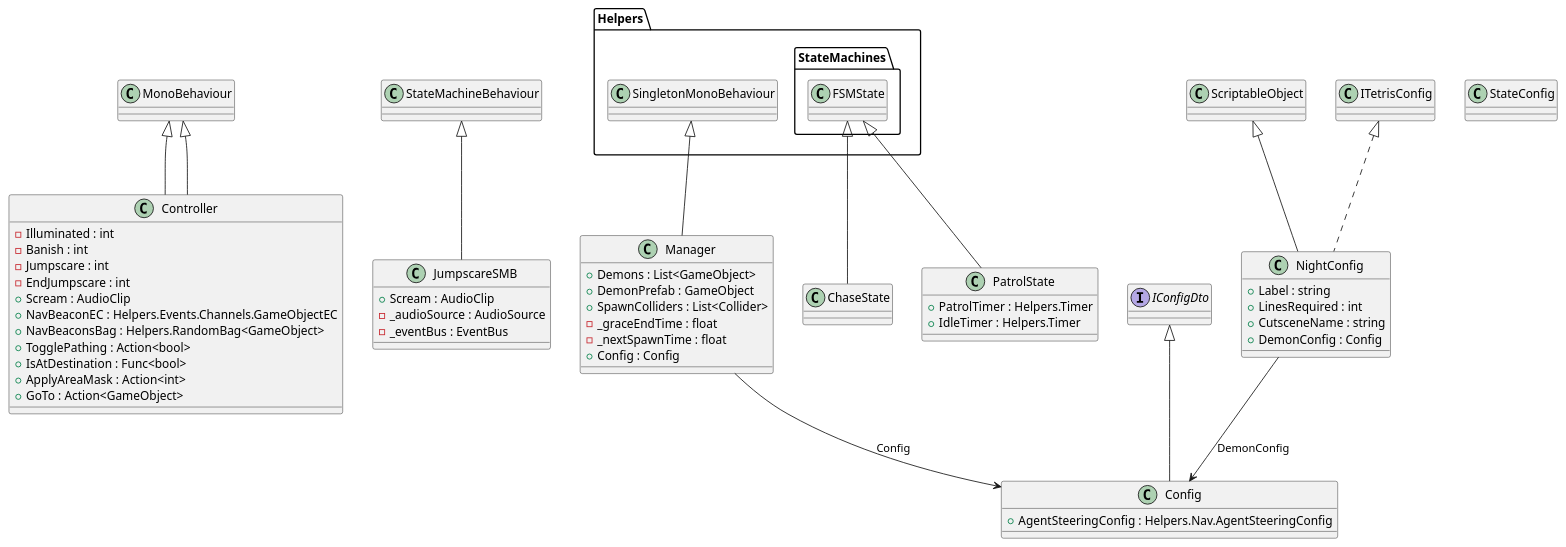
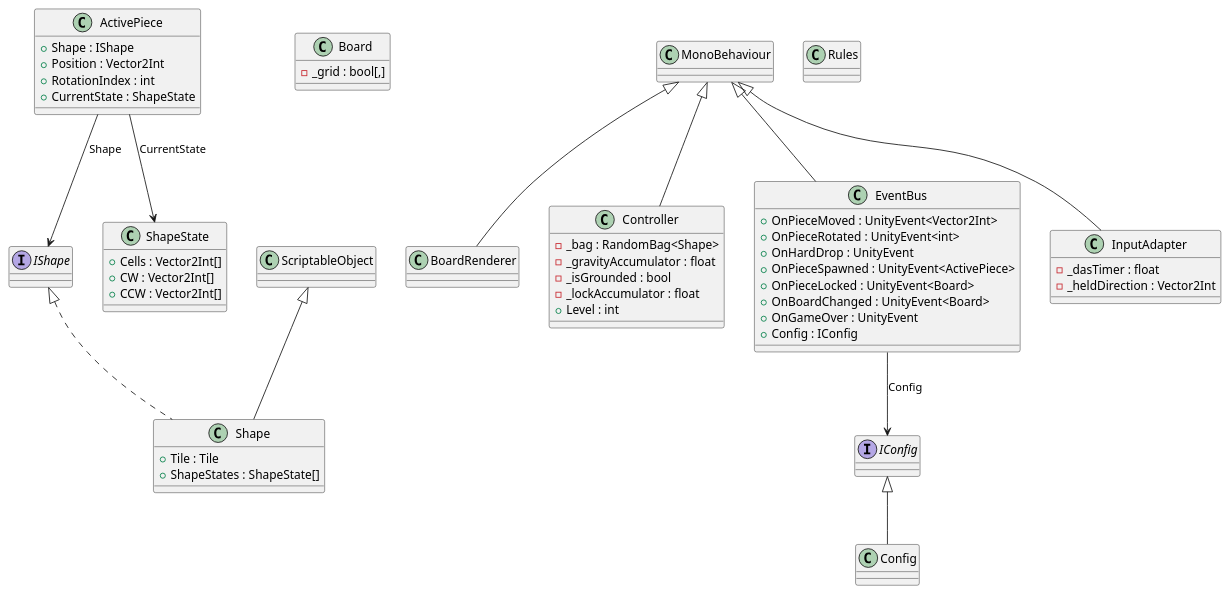
Before and after one commit to rev-development/Terrormino: the diagram in Assets/ClassDiagramGeneratorOutput/ClassDiagram.puml, drawn with PlantUML. The commit also changed 46 other files, not shown here.

```diff
--- a/Assets/ClassDiagramGeneratorOutput/ClassDiagram.puml
+++ b/Assets/ClassDiagramGeneratorOutput/ClassDiagram.puml
@@ -1,62 +1,61 @@
 @startuml
-class Controller {
-    - Illuminated : int
-    - Banish : int
-    - Jumpscare : int
-    - EndJumpscare : int
-    + Scream : AudioClip
+class ActivePiece {
+    + Shape : IShape
+    + Position : Vector2Int
+    + RotationIndex : int
+    + CurrentState : ShapeState
 }
-class JumpscareSMB {
-    + Scream : AudioClip
-    - _audioSource : AudioSource
-    - _eventBus : EventBus
+class Board {
+    - _grid : bool[,]
+}
+class BoardRenderer {
 }
 class Config {
-    + AgentSteeringConfig : Helpers.Nav.AgentSteeringConfig
-}
-class Manager {
-    + Demons : List<GameObject>
-    + DemonPrefab : GameObject
-    + SpawnColliders : List<Collider>
-    - _graceEndTime : float
-    - _nextSpawnTime : float
-    + Config : Config
-}
-interface IConfigDto {
-}
-class ChaseState {
-}
-class StateConfig {
 }
 class Controller {
-    + NavBeaconEC : Helpers.Events.Channels.GameObjectEC
-    + NavBeaconsBag : Helpers.RandomBag<GameObject>
-    + TogglePathing : Action<bool>
-    + IsAtDestination : Func<bool>
-    + ApplyAreaMask : Action<int>
-    + GoTo : Action<GameObject>
+    - _bag : RandomBag<Shape>
+    - _gravityAccumulator : float
+    - _isGrounded : bool
+    - _lockAccumulator : float
+    + Level : int
 }
-class PatrolState {
-    + PatrolTimer : Helpers.Timer
-    + IdleTimer : Helpers.Timer
+class EventBus {
+    + OnPieceMoved : UnityEvent<Vector2Int>
+    + OnPieceRotated : UnityEvent<int>
+    + OnHardDrop : UnityEvent
+    + OnPieceSpawned : UnityEvent<ActivePiece>
+    + OnPieceLocked : UnityEvent<Board>
+    + OnBoardChanged : UnityEvent<Board>
+    + OnGameOver : UnityEvent
+    + Config : IConfig
 }
-class StateConfig {
+interface IConfig {
 }
-class NightConfig {
-    + Label : string
-    + LinesRequired : int
-    + CutsceneName : string
-    + DemonConfig : Config
+class InputAdapter {
+    - _dasTimer : float
+    - _heldDirection : Vector2Int
 }
+interface IShape {
+}
+class Rules {
+}
+class Shape {
+    + Tile : Tile
+    + ShapeStates : ShapeState[]
+}
+class ShapeState {
+    + Cells : Vector2Int[]
+    + CW : Vector2Int[]
+    + CCW : Vector2Int[]
+}
+MonoBehaviour <|-- BoardRenderer
+IConfig <|-- Config
 MonoBehaviour <|-- Controller
-StateMachineBehaviour <|-- JumpscareSMB
-IConfigDto <|-- Config
-Helpers.SingletonMonoBehaviour <|-- Manager
-Helpers.StateMachines.FSMState <|-- ChaseState
-MonoBehaviour <|-- Controller
-Helpers.StateMachines.FSMState <|-- PatrolState
-ScriptableObject <|-- NightConfig
-ITetrisConfig <|.. NightConfig
-Manager --> Config : Config
-NightConfig --> Config : DemonConfig
+MonoBehaviour <|-- EventBus
+MonoBehaviour <|-- InputAdapter
+ScriptableObject <|-- Shape
+IShape <|.. Shape
+ActivePiece --> IShape : Shape
+ActivePiece --> ShapeState : CurrentState
+EventBus --> IConfig : Config
 @enduml
```
